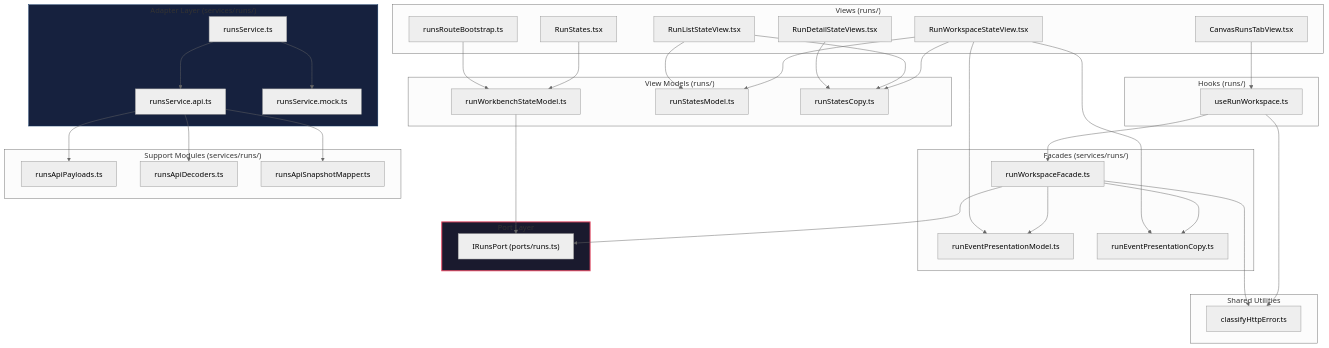
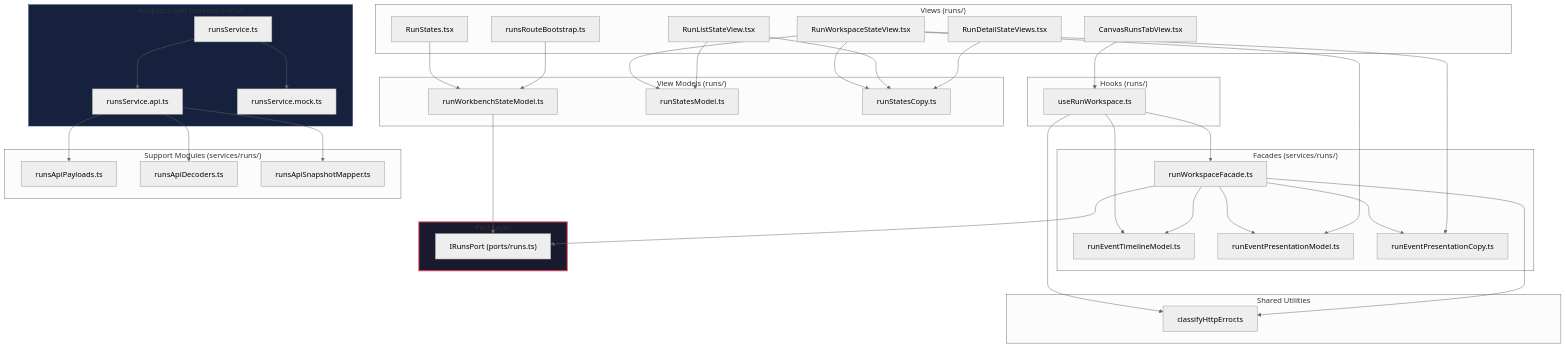
Before and after one commit to dunay2/dvt: the second of 2 diagrams in docs/architecture/components/web/runs/component-runs.md, drawn with Mermaid (neutral theme). The commit also changed other lines of this file and 17 other files, not shown here.

Commit message:
feat(web): Converge Runs event timeline semantics

````diff
--- a/docs/architecture/components/web/runs/component-runs.md
+++ b/docs/architecture/components/web/runs/component-runs.md
@@ -168,73 +177,76 @@
 ```mermaid
 flowchart TB
   subgraph Views["Views (runs/)"]
     CanvasTab["CanvasRunsTabView.tsx"]
     ListView["RunListStateView.tsx"]
     DetailViews["RunDetailStateViews.tsx"]
     WorkspaceView["RunWorkspaceStateView.tsx"]
     RunStates["RunStates.tsx"]
     RouteBootstrap["runsRouteBootstrap.ts"]
   end
 
   subgraph Models["View Models (runs/)"]
     WorkbenchState["runWorkbenchStateModel.ts"]
     StatesModel["runStatesModel.ts"]
     StatesCopy["runStatesCopy.ts"]
   end
 
   subgraph Hooks["Hooks (runs/)"]
     Hook["useRunWorkspace.ts"]
   end
 
   subgraph Facades["Facades (services/runs/)"]
     Facade["runWorkspaceFacade.ts"]
+    TimelineModel["runEventTimelineModel.ts"]
     EventsModel["runEventPresentationModel.ts"]
     EventsCopy["runEventPresentationCopy.ts"]
   end
 
   subgraph Shared["Shared Utilities"]
     ClassifyHttp["classifyHttpError.ts"]
   end
 
   subgraph Port["Port Layer"]
     IRunsPort["IRunsPort (ports/runs.ts)"]
   end
 
   subgraph Adapters["Adapter Layer (services/runs/)"]
     Factory["runsService.ts"]
     API["runsService.api.ts"]
     Mock["runsService.mock.ts"]
   end
 
   subgraph Support["Support Modules (services/runs/)"]
     Payloads["runsApiPayloads.ts"]
     Decoders["runsApiDecoders.ts"]
     Mapper["runsApiSnapshotMapper.ts"]
   end
 
   CanvasTab --> Hook
   Hook --> Facade
+  Hook --> TimelineModel
   Hook ---> ClassifyHttp
   Facade --> IRunsPort
+  Facade --> TimelineModel
   Facade --> EventsModel
   Facade --> EventsCopy
   Facade ---> ClassifyHttp
   WorkspaceView --> EventsModel
   WorkspaceView --> EventsCopy
   WorkspaceView --> StatesModel
   WorkspaceView --> StatesCopy
   ListView --> StatesModel
   ListView --> StatesCopy
   DetailViews --> StatesCopy
   RunStates --> WorkbenchState
   RouteBootstrap --> WorkbenchState
   WorkbenchState --> IRunsPort
   Factory --> API
   Factory --> Mock
   API --> Payloads
   API --> Decoders
   API --> Mapper
 
   style Port fill:#1a1a2e,stroke:#e94560,stroke-width:2px
   style Adapters fill:#16213e,stroke:#0f3460,stroke-width:1px
 ```
````
